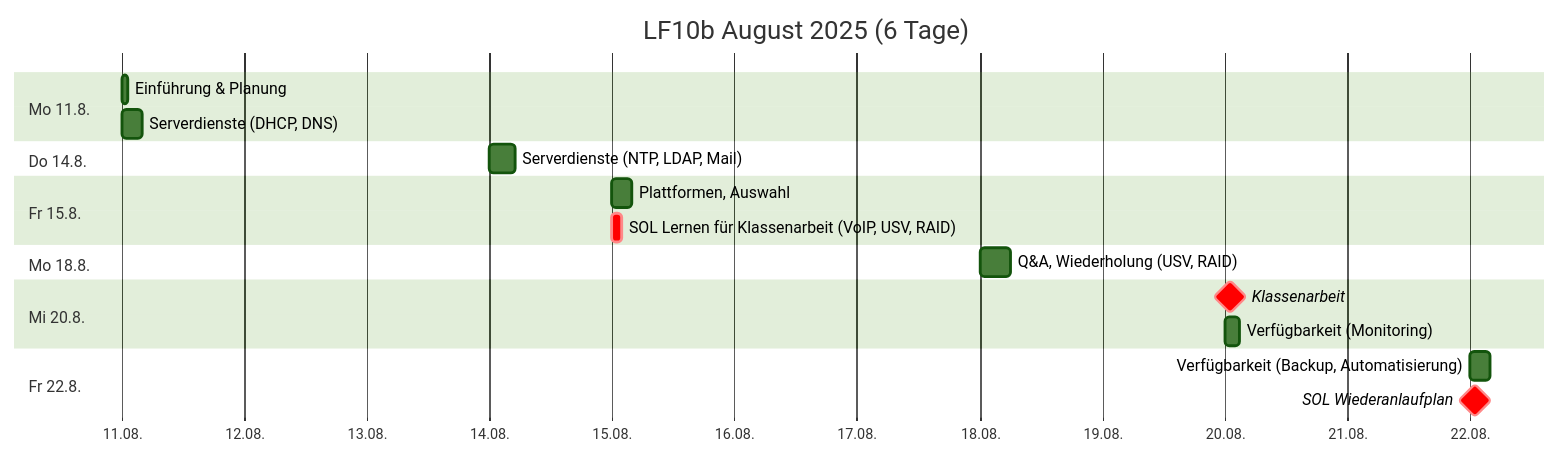
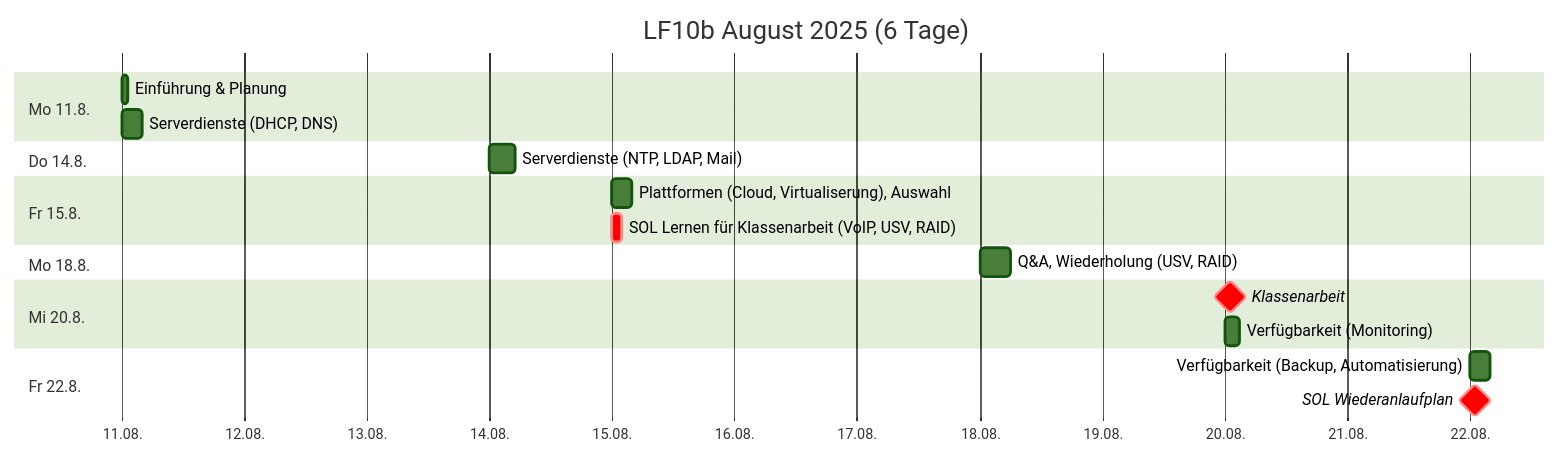
The first of 3 diagrams in src/plan.md (johannesloetzsch/LF10b), drawn with Mermaid (forest theme) before and after one commit. The commit also changed other lines of this file and 9 other files, not shown here.

````diff
--- a/src/plan.md
+++ b/src/plan.md
@@ -7,22 +7,22 @@
 ```mermaid
 gantt
  title LF10b August 2025 (6 Tage)
  dateFormat YYYY-MM-DD
  axisFormat %d.%m.
  section Mo 11.8.
   Einführung & Planung          :2025-08-11, 1h
   Serverdienste (DHCP, DNS)     :2025-08-11, 4h
  section Do 14.8.
   Serverdienste (NTP, LDAP, Mail) :2025-08-14, 5h
  section Fr 15.8.
-  Plattformen, Auswahl          :2025-08-15, 4h
+  Plattformen (Cloud, Virtualiserung), Auswahl          :2025-08-15, 4h
   SOL Lernen für Klassenarbeit (VoIP, USV, RAID)  :crit, 2025-08-15, 2h
  section Mo 18.8.
   Q&A, Wiederholung (USV, RAID) :2025-08-18, 6h
  section Mi 20.8.
   Klassenarbeit                 :crit, milestone, 2025-08-20, 2h
   Verfügbarkeit (Monitoring)    :2025-08-20, 3h
  section Fr 22.8.
   Verfügbarkeit (Backup, Automatisierung) :2025-08-22, 4h
   SOL Wiederanlaufplan          :crit, milestone, 2025-08-22, 2h
 ```
````
